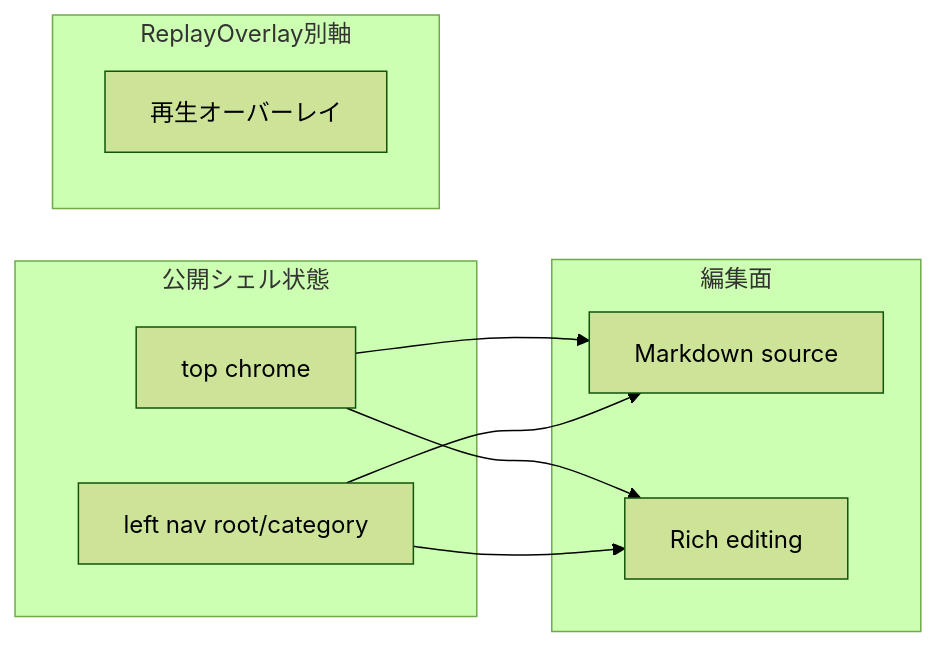
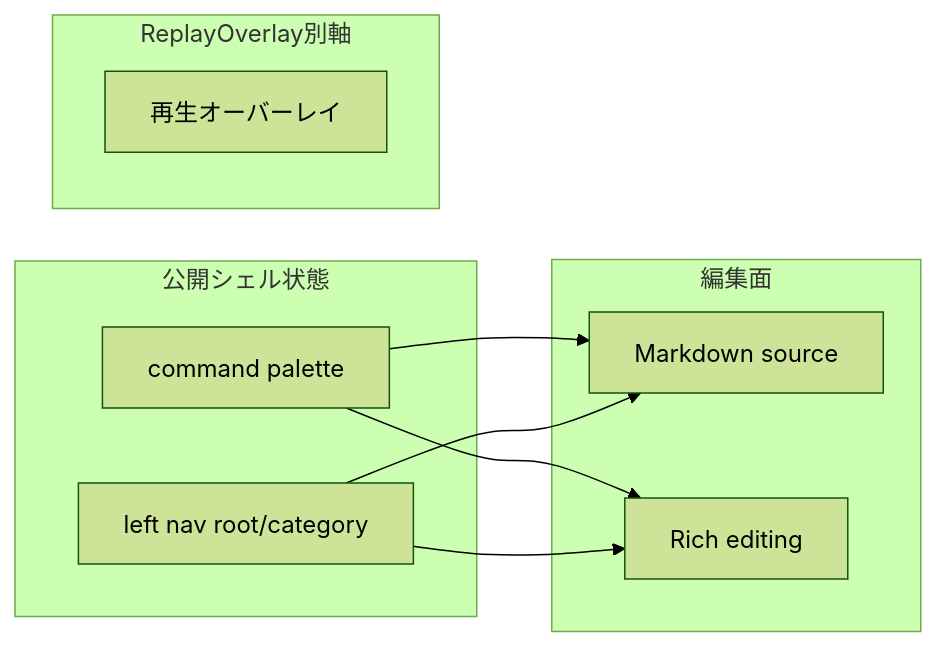
Before and after one commit to YuShimoji/WritingPage: the diagram in docs/INTERACTION_NOTES.md, drawn with Mermaid (forest theme). The commit also changed other lines of this file and 47 other files, not shown here.

````diff
--- a/docs/INTERACTION_NOTES.md
+++ b/docs/INTERACTION_NOTES.md
@@ -115,18 +116,18 @@
 ```mermaid
 flowchart LR
   subgraph shell [公開シェル状態]
-    TopChrome[top chrome]
+    Palette[command palette]
     LeftNav[left nav root/category]
   end
   subgraph overlay [ReplayOverlay別軸]
     Replay[再生オーバーレイ]
   end
   subgraph editSurface [編集面]
     Md[Markdown source]
     Wys[Rich editing]
   end
-  TopChrome --> Md
-  TopChrome --> Wys
+  Palette --> Md
+  Palette --> Wys
   LeftNav --> Md
   LeftNav --> Wys
 ```
````
